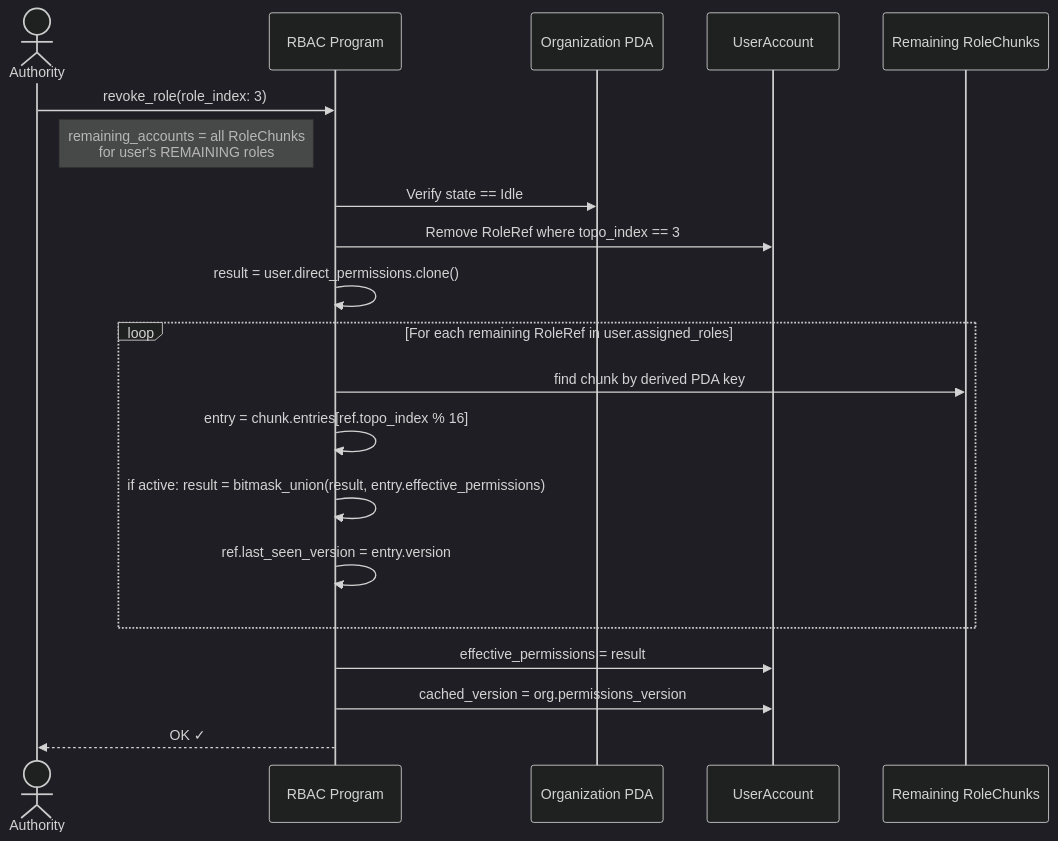
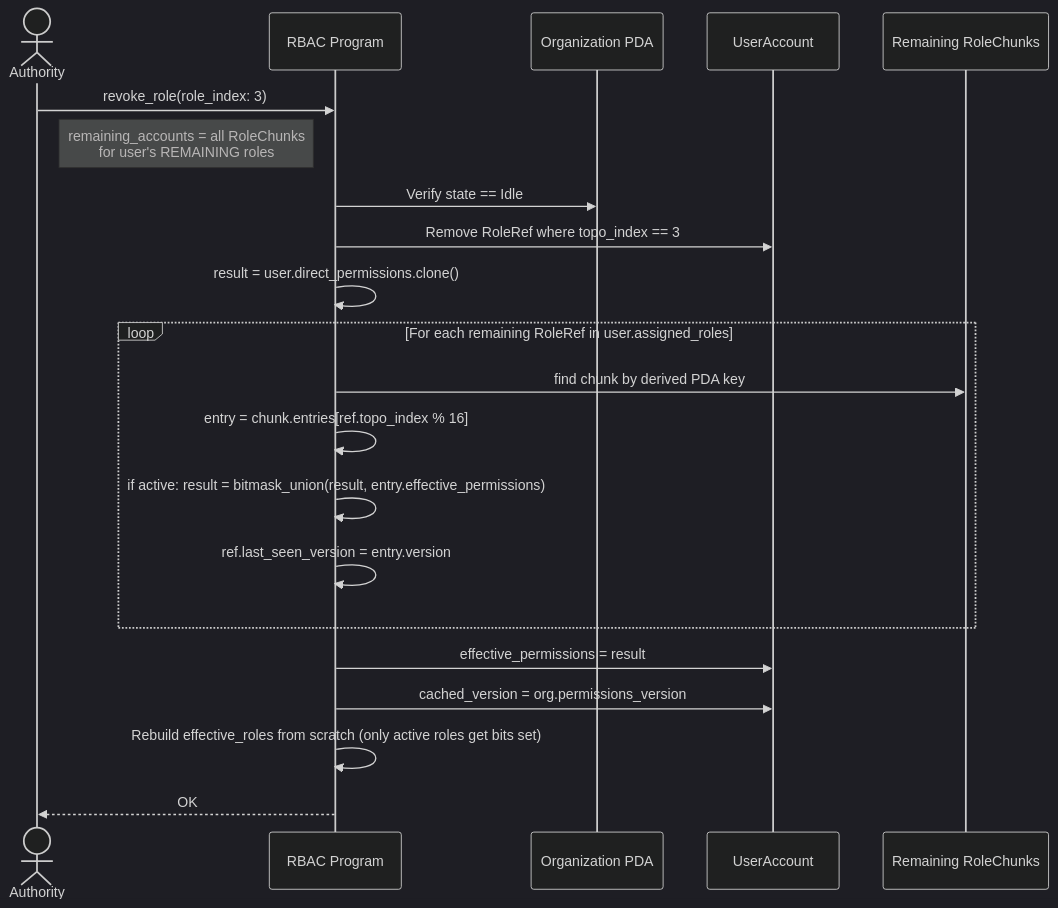
The tenth of 25 diagrams in docs/architecture.md (Vadimus1983/Solana-rbac), drawn with Mermaid (dark theme) before and after one commit. The commit also changed other lines of this file and 1 other file, not shown here.

````diff
--- a/docs/architecture.md
+++ b/docs/architecture.md
@@ -481,26 +509,27 @@
 ```mermaid
 sequenceDiagram
     actor Caller as Authority
     participant P as RBAC Program
     participant Org as Organization PDA
     participant UA as UserAccount
     participant RCs as Remaining RoleChunks
 
     Caller->>P: revoke_role(role_index: 3)
     Note right of Caller: remaining_accounts = all RoleChunks<br/>for user's REMAINING roles
 
     P->>Org: Verify state == Idle
     P->>UA: Remove RoleRef where topo_index == 3
     P->>P: result = user.direct_permissions.clone()
 
     loop For each remaining RoleRef in user.assigned_roles
         P->>RCs: find chunk by derived PDA key
         P->>P: entry = chunk.entries[ref.topo_index % 16]
         P->>P: if active: result = bitmask_union(result, entry.effective_permissions)
         P->>P: ref.last_seen_version = entry.version
     end
 
     P->>UA: effective_permissions = result
     P->>UA: cached_version = org.permissions_version
-    P-->>Caller: OK ✓
+    P->>P: Rebuild effective_roles from scratch (only active roles get bits set)
+    P-->>Caller: OK
 ```
````
